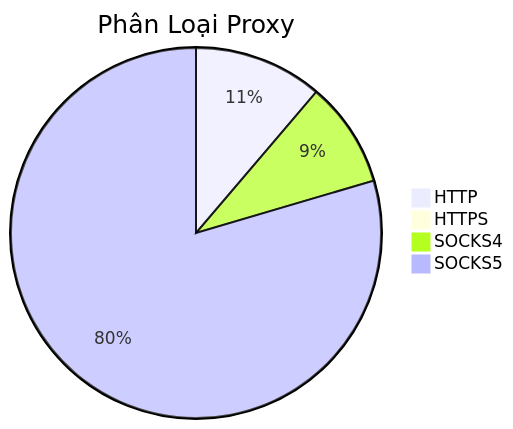
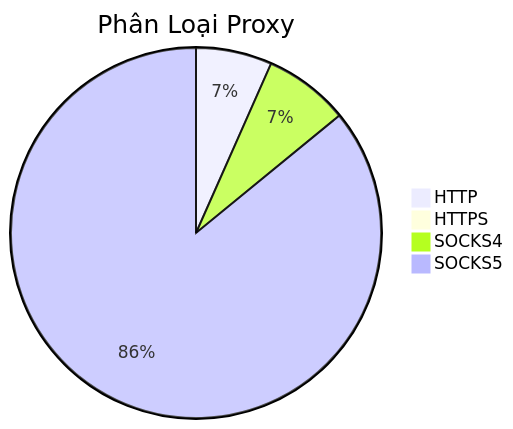
The diagram in README.md (Ciara-Aa/PROXY-free), drawn with Mermaid before and after one commit. The commit also changed other lines of this file and 4 other files, not shown here.

````diff
--- a/README.md
+++ b/README.md
@@ -26,7 +26,7 @@
 ```mermaid
 pie title Phân Loại Proxy
-    "HTTP" : 508
-    "HTTPS" : 1
-    "SOCKS4" : 416
-    "SOCKS5" : 3597
+    "HTTP" : 376
+    "HTTPS" : 0
+    "SOCKS4" : 421
+    "SOCKS5" : 4865
 ```
````
